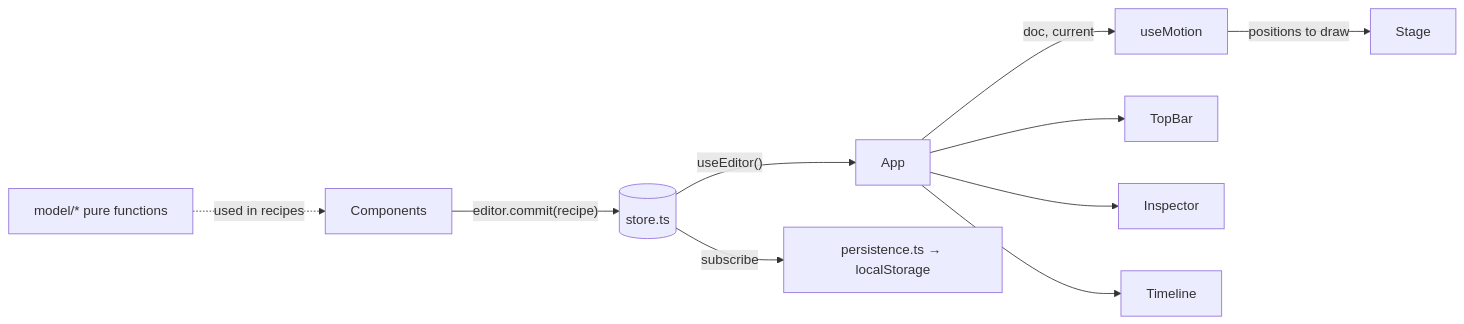
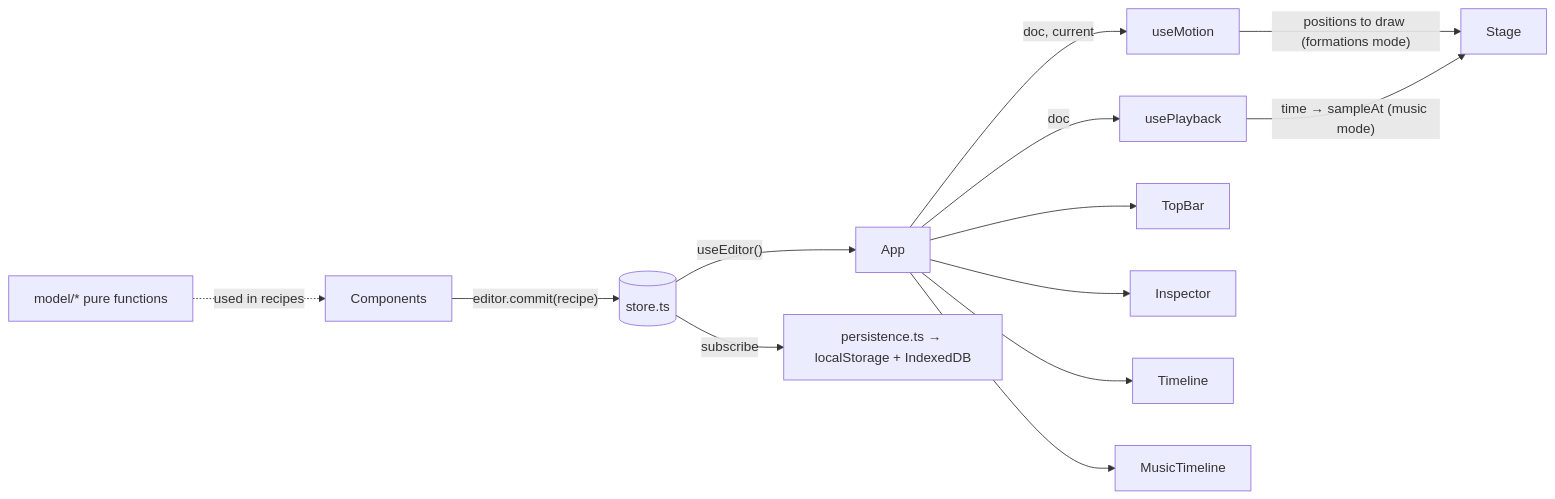
One commit to justinchen673/unison changed the diagram in docs/architecture.md. Above: the diagram before and after it, drawn with Mermaid. The commit also changed other lines of this file and 26 other files, not shown here.

Commit message:
music mode

````diff
--- a/docs/architecture.md
+++ b/docs/architecture.md
@@ -248,10 +297,12 @@
 ```mermaid
 flowchart LR
   UI[Components] -- "editor.commit(recipe)" --> Store[(store.ts)]
   Model[model/* pure functions] -. used in recipes .-> UI
   Store -- useEditor() --> App
   App -- doc, current --> Motion[useMotion]
-  Motion -- positions to draw --> Stage
-  App --> TopBar & Inspector & Timeline
-  Store -- subscribe --> Autosave[persistence.ts → localStorage]
+  App -- doc --> Playback[usePlayback]
+  Motion -- "positions to draw (formations mode)" --> Stage
+  Playback -- "time → sampleAt (music mode)" --> Stage
+  App --> TopBar & Inspector & Timeline & MusicTimeline
+  Store -- subscribe --> Autosave[persistence.ts → localStorage + IndexedDB]
 ```
````
